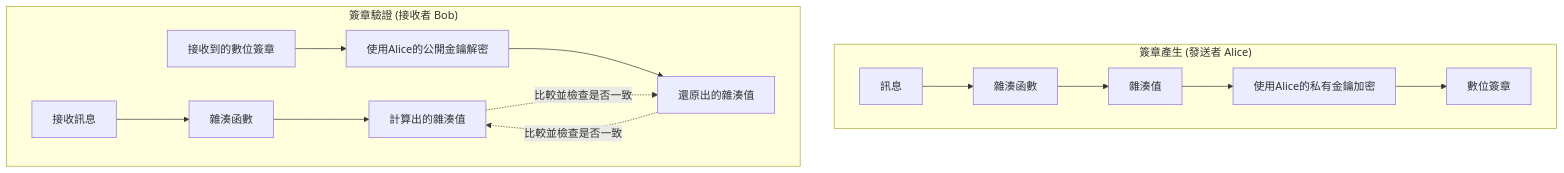
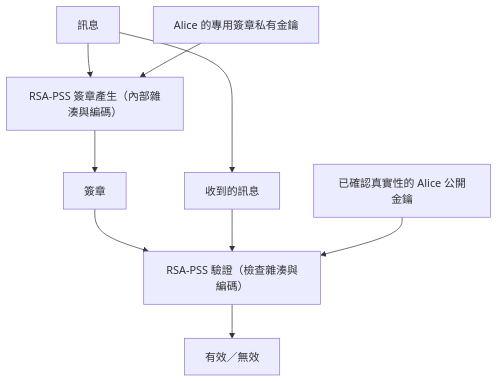
The second of 3 diagrams in content/post/modern-cryptography-public-key-hash-signature/index.zh-tw.md (kenjinote/blog), drawn with Mermaid before and after one commit. The commit also changed other lines of this file and 6 other files, not shown here.

````diff
--- a/content/post/modern-cryptography-public-key-hash-signature/index.zh-tw.md
+++ b/content/post/modern-cryptography-public-key-hash-signature/index.zh-tw.md
@@ -231,20 +217,11 @@
 ```mermaid
 graph TD
-    subgraph "簽章產生 (發送者 Alice)"
-        M1["訊息"] --> H1["雜湊函數"]
-        H1 --> Hash1["雜湊值"]
-        Hash1 --> Sign["使用Alice的私有金鑰加密"]
-        Sign --> Sig["數位簽章"]
-    end
-
-    subgraph "簽章驗證 (接收者 Bob)"
-        M2["接收訊息"] --> H2["雜湊函數"]
-        H2 --> Hash2["計算出的雜湊值"]
-        
-        Sig2["接收到的數位簽章"] --> Ver["使用Alice的公開金鑰解密"]
-        Ver --> Hash3["還原出的雜湊值"]
-        
-        Hash2 -.->|"比較並檢查是否一致"| Hash3
-        Hash3 -.->|"比較並檢查是否一致"| Hash2
-    end
+    M["訊息"] --> S["RSA-PSS 簽章產生（內部雜湊與編碼）"]
+    SK["Alice 的專用簽章私有金鑰"] --> S
+    S --> SIG["簽章"]
+    M --> RM["收到的訊息"]
+    SIG --> V["RSA-PSS 驗證（檢查雜湊與編碼）"]
+    RM --> V
+    PK["已確認真實性的 Alice 公開金鑰"] --> V
+    V --> R["有效／無效"]
 ```
````
